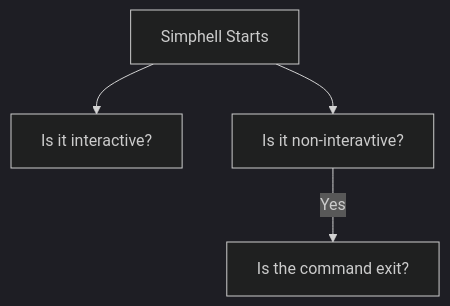
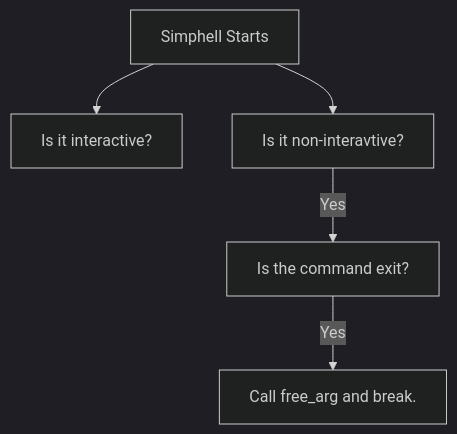
Before and after one commit to LeeWest89/MySuperRepo: the diagram in README.md, drawn with Mermaid (dark theme).

````diff
--- a/README.md
+++ b/README.md
@@ -2,6 +2,7 @@
 ```mermaid
 flowchart TD;
   A[Simphell Starts]-->B[Is it interactive?];
   A-->C[Is it non-interavtive?];
   C--Yes-->D[Is the command exit?];
+  D--Yes-->E[Call free_arg and break.];
 ```
````
